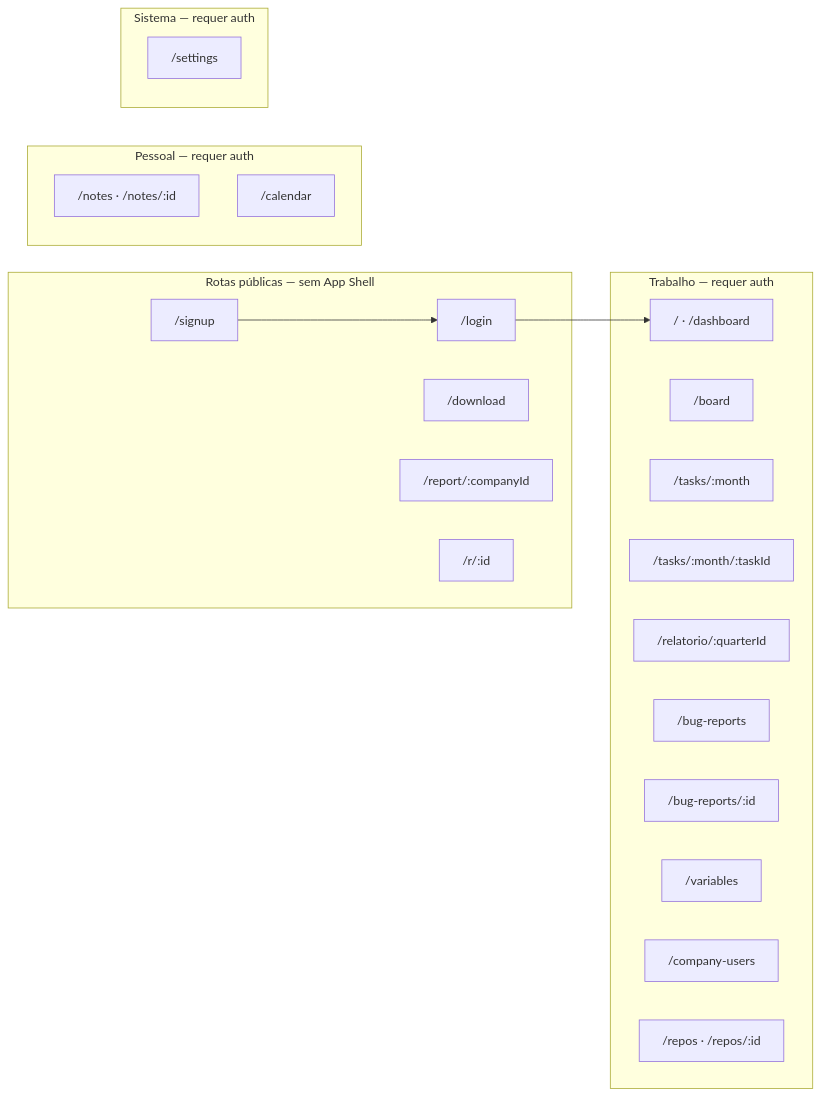
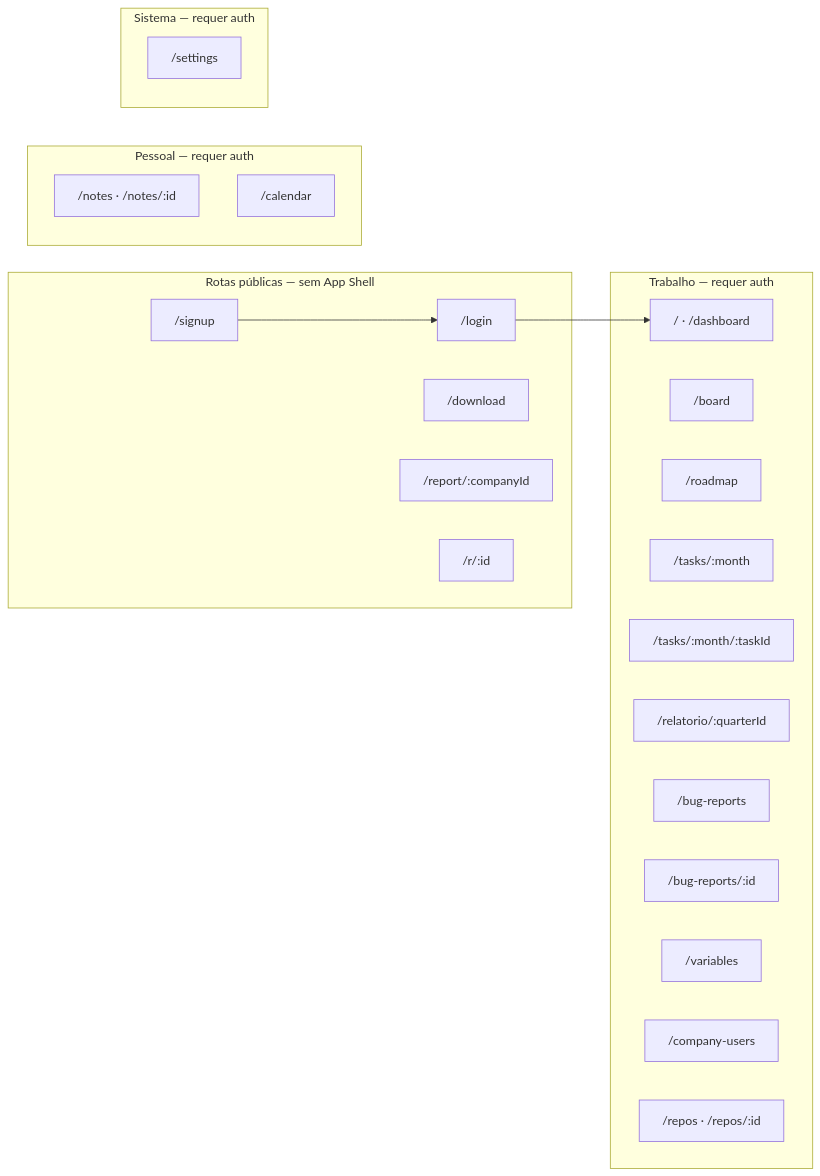
The diagram in docs/screens.md (Os-Guri-Do-Agro/workflow-web), drawn with Mermaid before and after one commit. The commit also changed other lines of this file and 13 other files, not shown here.

First line of the commit message:
feat(roadmap): add roadmap feature and integrate into navigation

````diff
--- a/docs/screens.md
+++ b/docs/screens.md
@@ -7,35 +7,36 @@
 ```mermaid
 flowchart LR
   subgraph public [Rotas públicas — sem App Shell]
     Login["/login"]
     Signup["/signup"]
     Download["/download"]
     BugPublic["/report/:companyId"]
     BugStatus["/r/:id"]
   end
 
   subgraph work [Trabalho — requer auth]
     Dash["/ · /dashboard"]
     Board["/board"]
+    Roadmap["/roadmap"]
     Tasks["/tasks/:month"]
     TaskDet["/tasks/:month/:taskId"]
     Report["/relatorio/:quarterId"]
     BugList["/bug-reports"]
     BugDet["/bug-reports/:id"]
     Vars["/variables"]
     Users["/company-users"]
     Repos["/repos · /repos/:id"]
   end
 
   subgraph personal [Pessoal — requer auth]
     Notes["/notes · /notes/:id"]
     Cal["/calendar"]
   end
 
   subgraph config [Sistema — requer auth]
     Settings["/settings"]
   end
 
   Login --> Dash
   Signup --> Login
 ```
````
